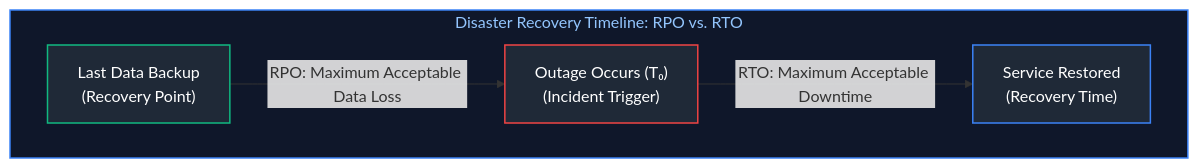
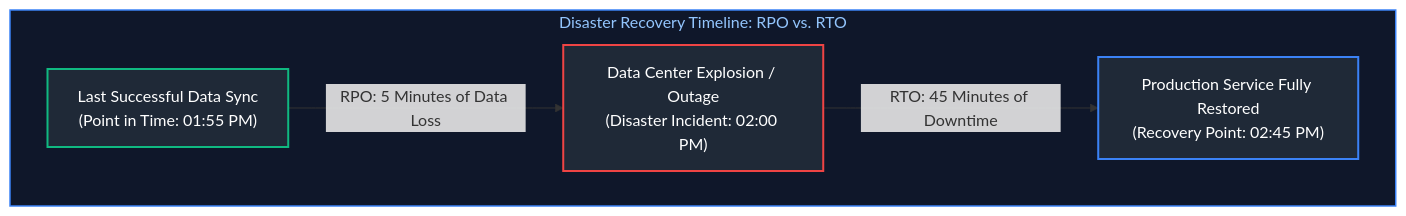
One commit to joydeep-biswas/Interview-Preparation changed the ninth of 10 diagrams in Cloud Engineering/03_cloud_fundamentals_and_architecture.md. Above: the diagram before and after it, drawn with Mermaid. The commit also changed other lines of this file and 143 other files, not shown here.

````diff
--- a/Cloud Engineering/03_cloud_fundamentals_and_architecture.md
+++ b/Cloud Engineering/03_cloud_fundamentals_and_architecture.md
@@ -280,16 +445,16 @@
 ```mermaid
 flowchart TD
     subgraph Timeline ["Disaster Recovery Timeline: RPO vs. RTO"]
-        Backup["Last Data Backup<br/>(Recovery Point)"]
-        Outage["Outage Occurs (T₀)<br/>(Incident Trigger)"]
-        Restored["Service Restored<br/>(Recovery Time)"]
+        Backup["Last Successful Data Sync<br/>(Point in Time: 01:55 PM)"]
+        Outage["Data Center Explosion / Outage<br/>(Disaster Incident: 02:00 PM)"]
+        Restored["Production Service Fully Restored<br/>(Recovery Point: 02:45 PM)"]
 
-        Backup -->|"RPO: Maximum Acceptable Data Loss"| Outage
-        Outage -->|"RTO: Maximum Acceptable Downtime"| Restored
+        Backup -->|"RPO: 5 Minutes of Data Loss"| Outage
+        Outage -->|"RTO: 45 Minutes of Downtime"| Restored
     end
 
     style Timeline fill:#0f172a,stroke:#3b82f6,stroke-width:1.5px,color:#93c5fd
-    style Backup fill:#1f2937,stroke:#10b981,stroke-width:1.5px,color:#fff
-    style Outage fill:#1f2937,stroke:#ef4444,stroke-width:1.5px,color:#fff
-    style Restored fill:#1f2937,stroke:#3b82f6,stroke-width:1.5px,color:#fff
+    style Backup fill:#1f2937,stroke:#10b981,stroke-width:2px,color:#fff
+    style Outage fill:#1f2937,stroke:#ef4444,stroke-width:2px,color:#fff
+    style Restored fill:#1f2937,stroke:#3b82f6,stroke-width:2px,color:#fff
 ```
````
